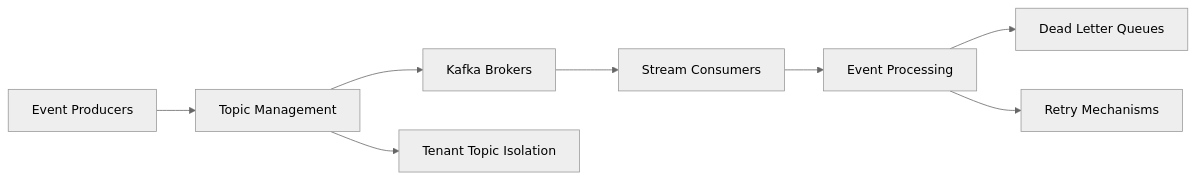
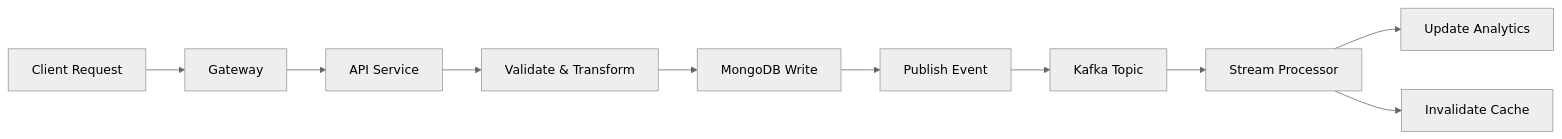
The ninth of 18 diagrams in docs/development/architecture/README.md (flamingo-stack/openframe-oss-lib), drawn with Mermaid (neutral theme) before and after one commit. The commit also changed other lines of this file and 212 other files, not shown here.

````diff
--- a/docs/development/architecture/README.md
+++ b/docs/development/architecture/README.md
@@ -318,11 +341,12 @@
 ```mermaid
 flowchart LR
-    Producer[Event Producers] --> TopicMgmt[Topic Management]
-    TopicMgmt --> KafkaBroker[Kafka Brokers]
-    KafkaBroker --> Consumer[Stream Consumers]
-    Consumer --> Processing[Event Processing]
-    
-    TopicMgmt --> TenantIsolation[Tenant Topic Isolation]
-    Processing --> DeadLetter[Dead Letter Queues]
-    Processing --> RetryLogic[Retry Mechanisms]
+    Client[Client Request] --> Gateway[Gateway]
+    Gateway --> API[API Service]
+    API --> Validate[Validate & Transform]
+    Validate --> DB[MongoDB Write]
+    DB --> Event[Publish Event]
+    Event --> Kafka[Kafka Topic]
+    Kafka --> Stream[Stream Processor]
+    Stream --> Analytics[Update Analytics]
+    Stream --> Cache[Invalidate Cache]
 ```
````
